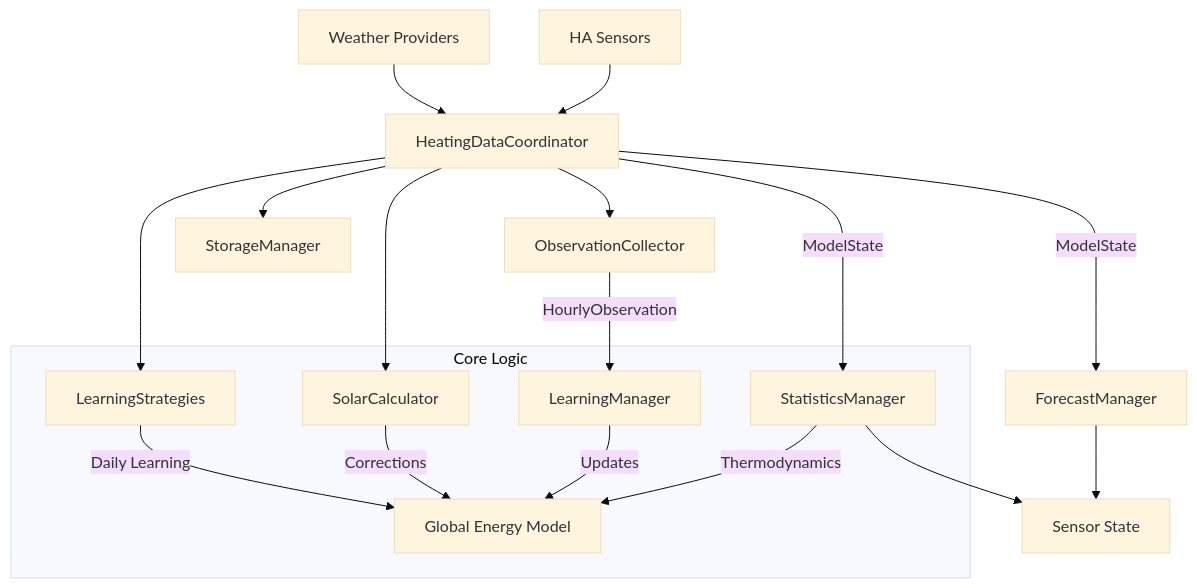
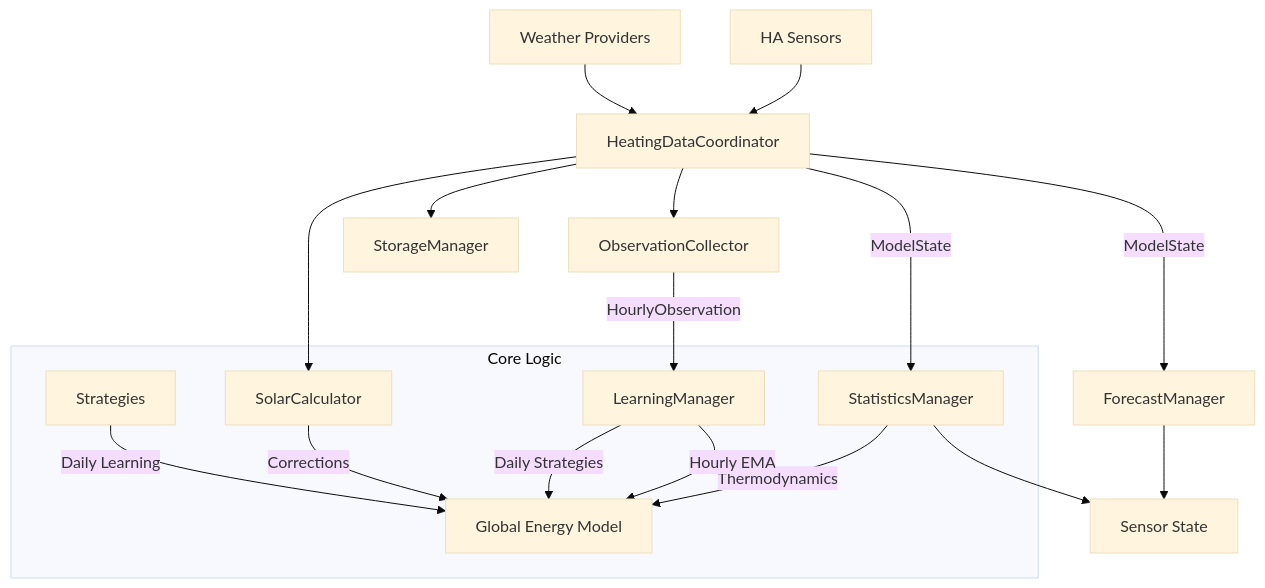
The diagram in DESIGN.md (thuemah/heating_analytics), drawn with Mermaid (base theme) before and after one commit. The commit also changed other lines of this file and 19 other files, not shown here.

````diff
--- a/DESIGN.md
+++ b/DESIGN.md
@@ -9,23 +9,23 @@
 ```mermaid
 graph TD
     Sensors[HA Sensors] --> Coordinator
     Weather[Weather Providers] --> Coordinator
 
     Coordinator[HeatingDataCoordinator] --> Collector[ObservationCollector]
     Collector -- "HourlyObservation" --> Learning[LearningManager]
     Coordinator -- "ModelState" --> Statistics[StatisticsManager]
     Coordinator -- "ModelState" --> Forecast[ForecastManager]
     Coordinator --> Solar[SolarCalculator]
     Coordinator --> Storage[StorageManager]
-    Coordinator --> Strategies[LearningStrategies]
 
     Statistics --> Output[Sensor State]
     Forecast --> Output
 
     subgraph "Core Logic"
     Statistics -- "Thermodynamics" --> Model[Global Energy Model]
-    Learning -- "Updates" --> Model
+    Learning -- "Hourly EMA" --> Model
+    Learning -- "Daily Strategies" --> Model
     Solar -- "Corrections" --> Model
     Strategies -- "Daily Learning" --> Model
     end
 ```
````
